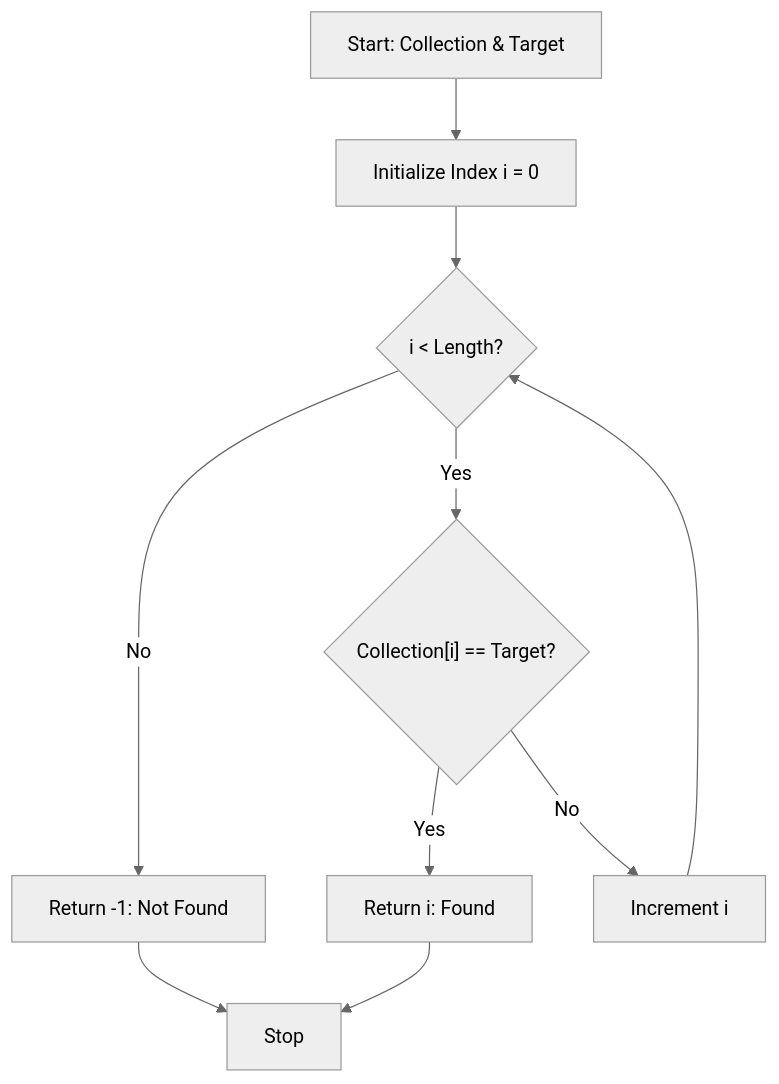
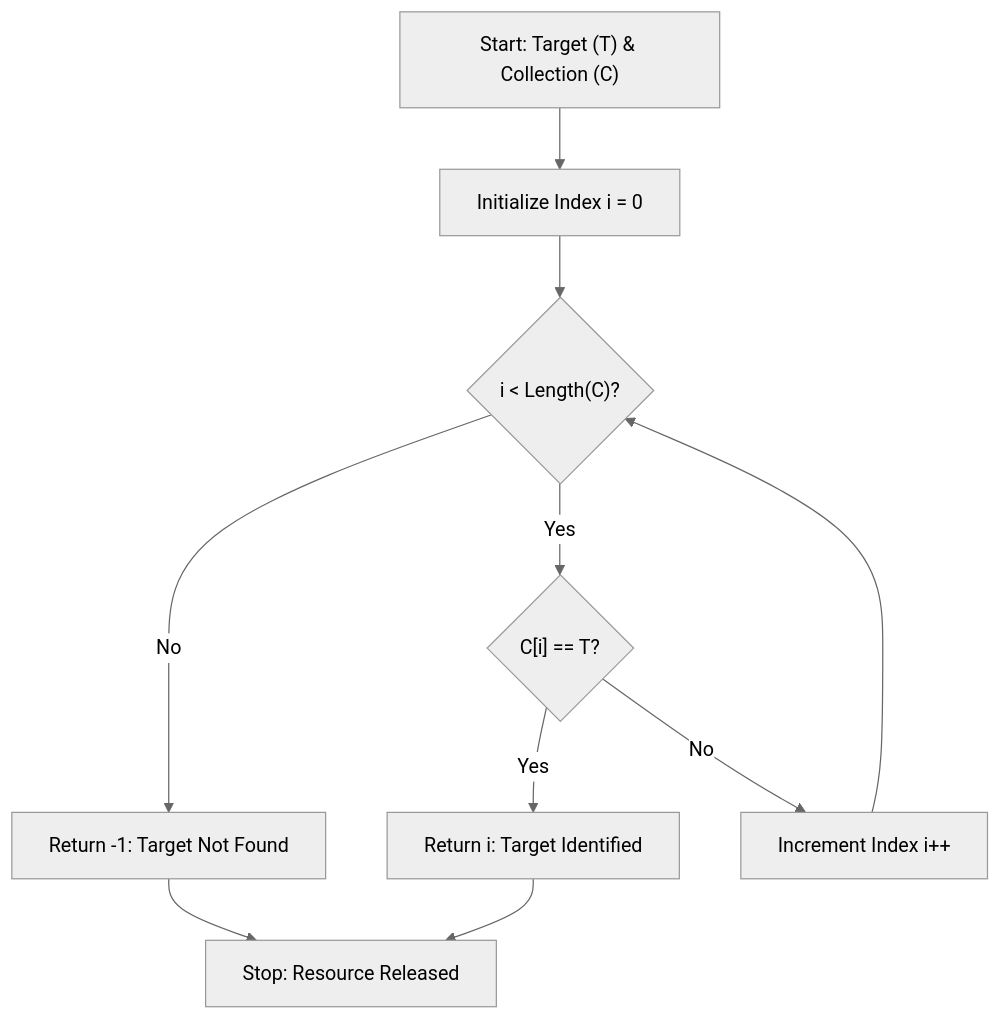
Before and after one commit to Amey-Thakur/PYTHON-SHORTS: the first of 2 diagrams in Source Code/Sequential Search/README.md, drawn with Mermaid (neutral theme). The commit also changed other lines of this file, not shown here.

Commit message:
Python Shorts

````diff
--- a/Source Code/Sequential Search/README.md
+++ b/Source Code/Sequential Search/README.md
@@ -58,12 +61,12 @@
 ```mermaid
-graph TD
-    A["Start: Collection & Target"] --> B["Initialize Index i = 0"]
-    B --> C{"i < Length?"}
-    C -- No --> D["Return -1: Not Found"]
-    C -- Yes --> E{"Collection[i] == Target?"}
-    E -- Yes --> F["Return i: Found"]
-    E -- No --> G["Increment i"]
+flowchart TD
+    A["Start: Target (T) & Collection (C)"] --> B["Initialize Index i = 0"]
+    B --> C{"i < Length(C)?"}
+    C -- "No" --> D["Return -1: Target Not Found"]
+    C -- "Yes" --> E{"C[i] == T?"}
+    E -- "Yes" --> F["Return i: Target Identified"]
+    E -- "No" --> G["Increment Index i++"]
     G --> C
-    D --> H["Stop"]
+    D --> H["Stop: Resource Released"]
     F --> H
 ```
````
